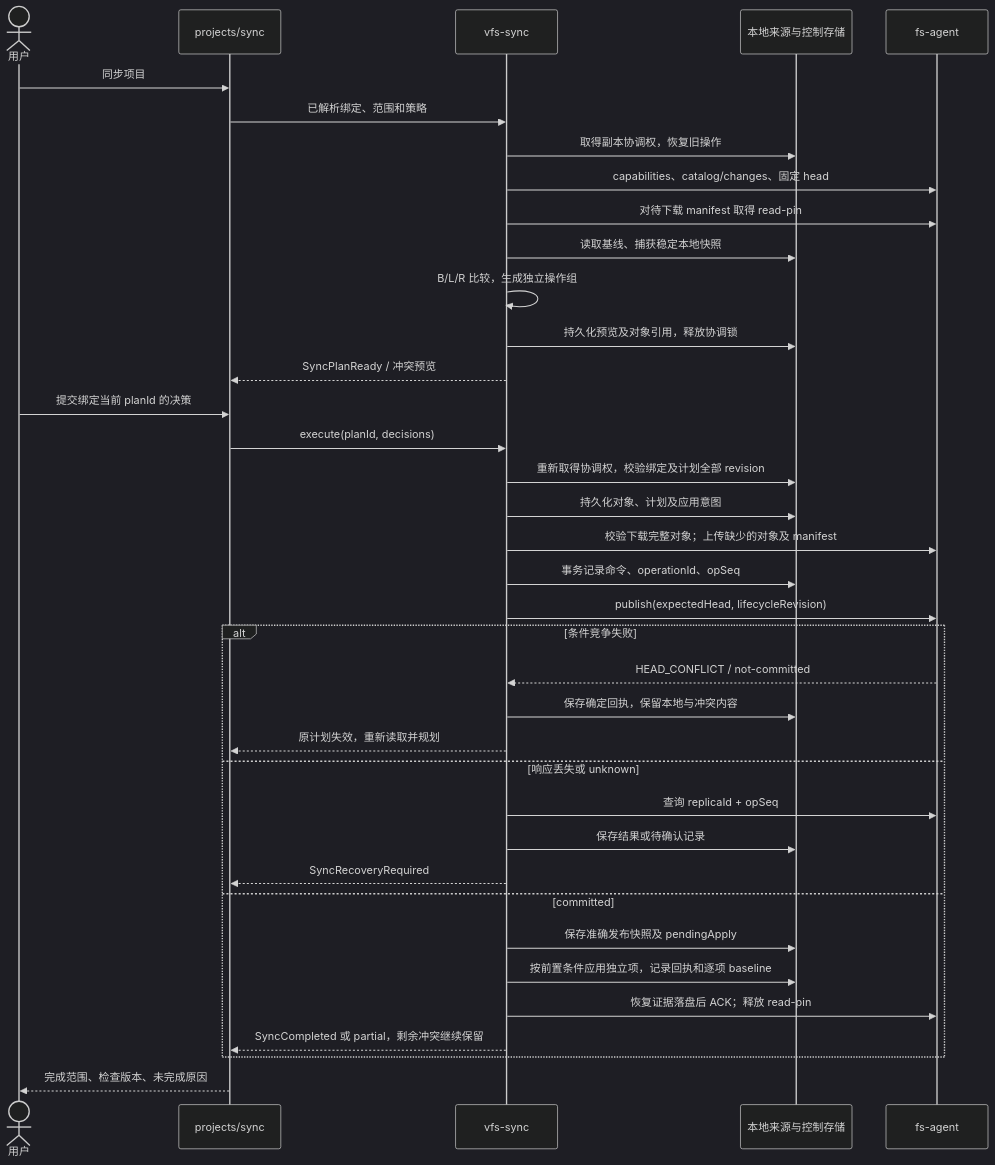
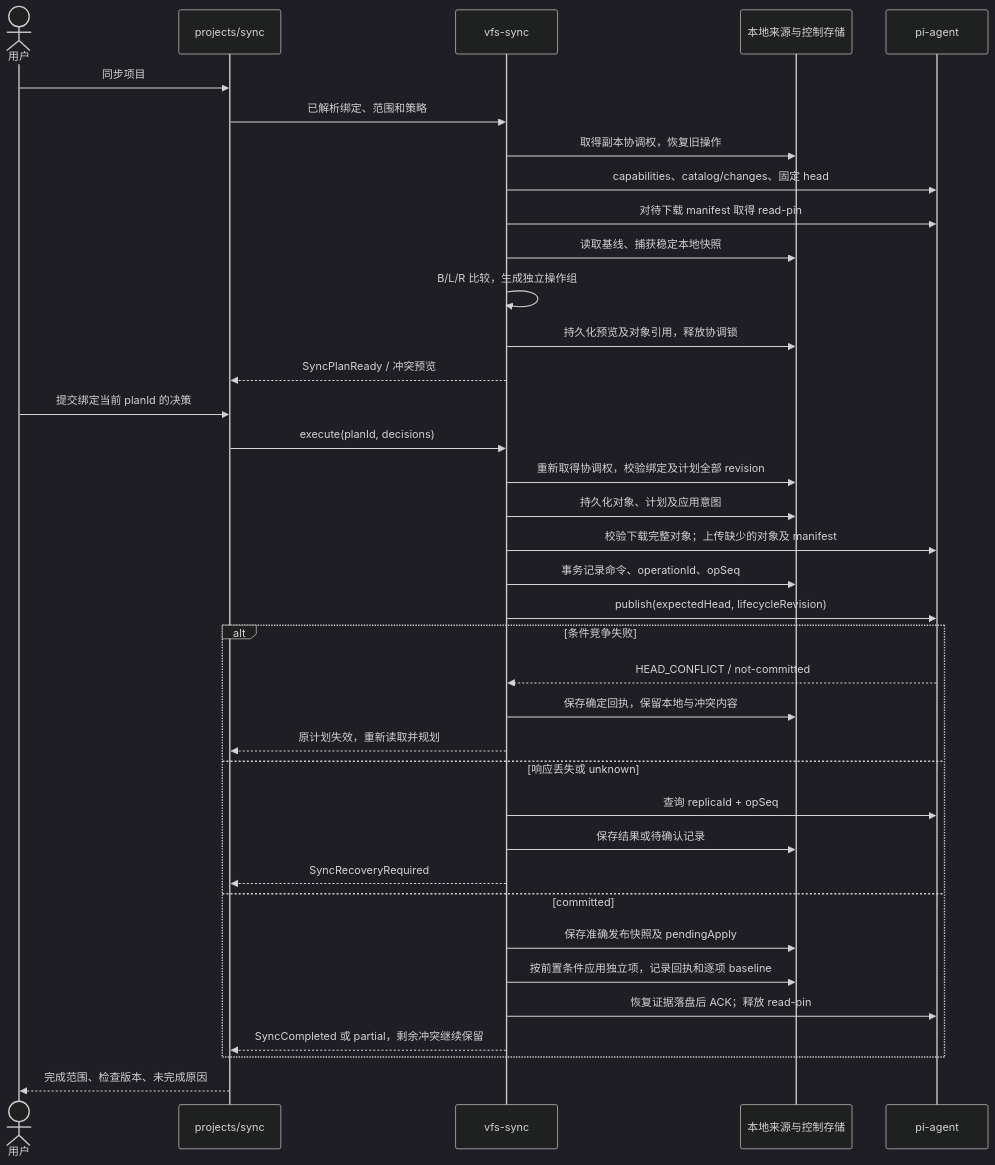
Before and after one commit to mushuanli/itookit: the fourth of 6 diagrams in doc/design/project-sync.md, drawn with Mermaid (dark theme). The commit also changed other lines of this file and 188 other files, not shown here.

````diff
--- a/doc/design/project-sync.md
+++ b/doc/design/project-sync.md
@@ -951,39 +951,39 @@
 ```mermaid
 sequenceDiagram
     actor U as 用户
     participant P as projects/sync
     participant C as vfs-sync
     participant L as 本地来源与控制存储
-    participant S as fs-agent
+    participant S as pi-agent
     U->>P: 同步项目
     P->>C: 已解析绑定、范围和策略
     C->>L: 取得副本协调权，恢复旧操作
     C->>S: capabilities、catalog/changes、固定 head
     C->>S: 对待下载 manifest 取得 read-pin
     C->>L: 读取基线、捕获稳定本地快照
     C->>C: B/L/R 比较，生成独立操作组
     C->>L: 持久化预览及对象引用，释放协调锁
     C-->>P: SyncPlanReady / 冲突预览
     U->>P: 提交绑定当前 planId 的决策
     P->>C: execute(planId, decisions)
     C->>L: 重新取得协调权，校验绑定及计划全部 revision
     C->>L: 持久化对象、计划及应用意图
     C->>S: 校验下载完整对象；上传缺少的对象及 manifest
     C->>L: 事务记录命令、operationId、opSeq
     C->>S: publish(expectedHead, lifecycleRevision)
     alt 条件竞争失败
         S-->>C: HEAD_CONFLICT / not-committed
         C->>L: 保存确定回执，保留本地与冲突内容
         C-->>P: 原计划失效，重新读取并规划
     else 响应丢失或 unknown
         C->>S: 查询 replicaId + opSeq
         C->>L: 保存结果或待确认记录
         C-->>P: SyncRecoveryRequired
     else committed
         C->>L: 保存准确发布快照及 pendingApply
         C->>L: 按前置条件应用独立项，记录回执和逐项 baseline
         C->>S: 恢复证据落盘后 ACK；释放 read-pin
         C-->>P: SyncCompleted 或 partial，剩余冲突继续保留
     end
     P-->>U: 完成范围、检查版本、未完成原因
 ```
````
